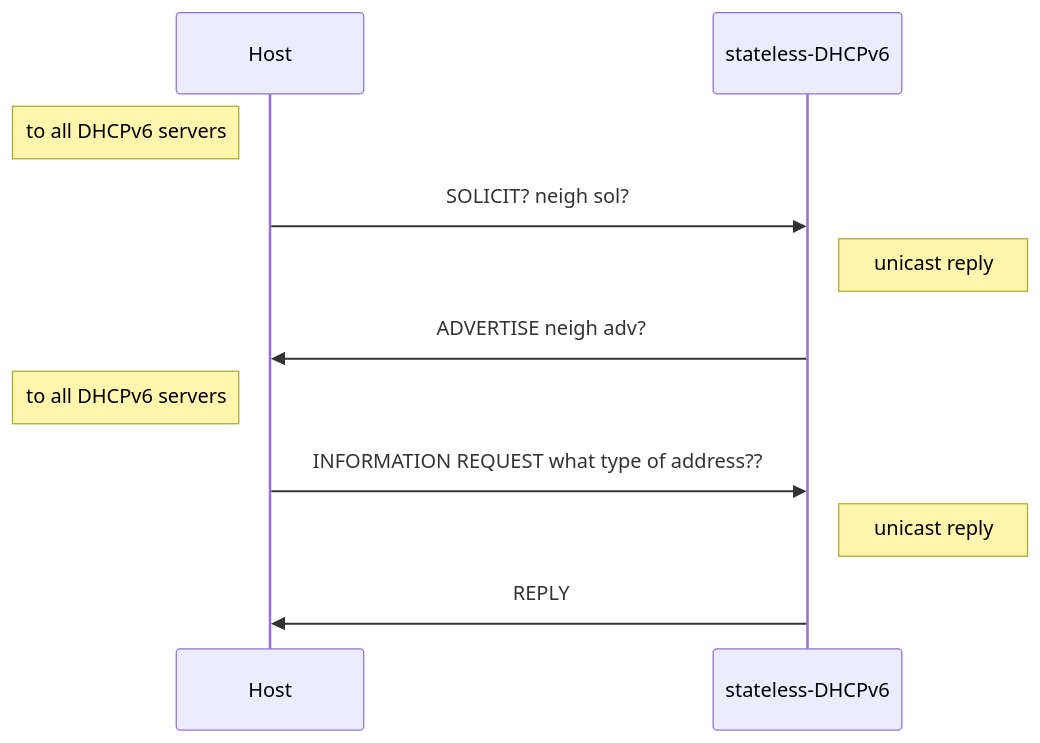
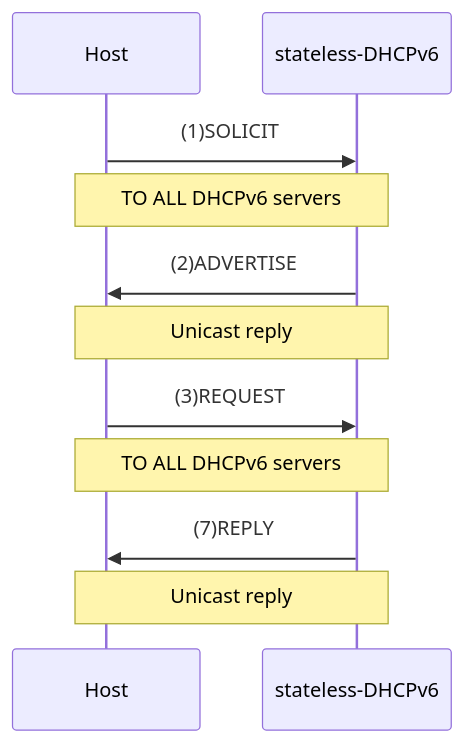
One commit to 77Dice/PND_Notes changed the second of 3 diagrams in IPv6/[2]IPv6 ICMPv6 + NDP + Dyn addr config.md. Above: the diagram before and after it, drawn with Mermaid. The commit also changed other lines of this file, not shown here.

````diff
--- a/IPv6/[2]IPv6 ICMPv6 + NDP + Dyn addr config.md
+++ b/IPv6/[2]IPv6 ICMPv6 + NDP + Dyn addr config.md
@@ -134,11 +138,12 @@
 ```mermaid
 sequenceDiagram
-    note left of Host : to all DHCPv6 servers
-    Host->>stateless-DHCPv6: SOLICIT? neigh sol?
-    note right of stateless-DHCPv6 : unicast reply
-    stateless-DHCPv6->>Host: ADVERTISE neigh adv?
-    note left of Host : to all DHCPv6 servers
-    Host->>stateless-DHCPv6: INFORMATION REQUEST what type of address??
-    note right of stateless-DHCPv6 : unicast reply
-    stateless-DHCPv6->>Host: REPLY
+    Host->>stateless-DHCPv6: (1)SOLICIT
+	note over Host,stateless-DHCPv6 : TO ALL DHCPv6 servers
+    stateless-DHCPv6->>Host: (2)ADVERTISE
+	note over Host,stateless-DHCPv6 : Unicast reply
+    Host->>stateless-DHCPv6: (3)REQUEST 
+	note over Host,stateless-DHCPv6 : TO ALL DHCPv6 servers
+    stateless-DHCPv6->>Host: (7)REPLY
+	note over Host,stateless-DHCPv6 : Unicast reply
+    
 ```
````
